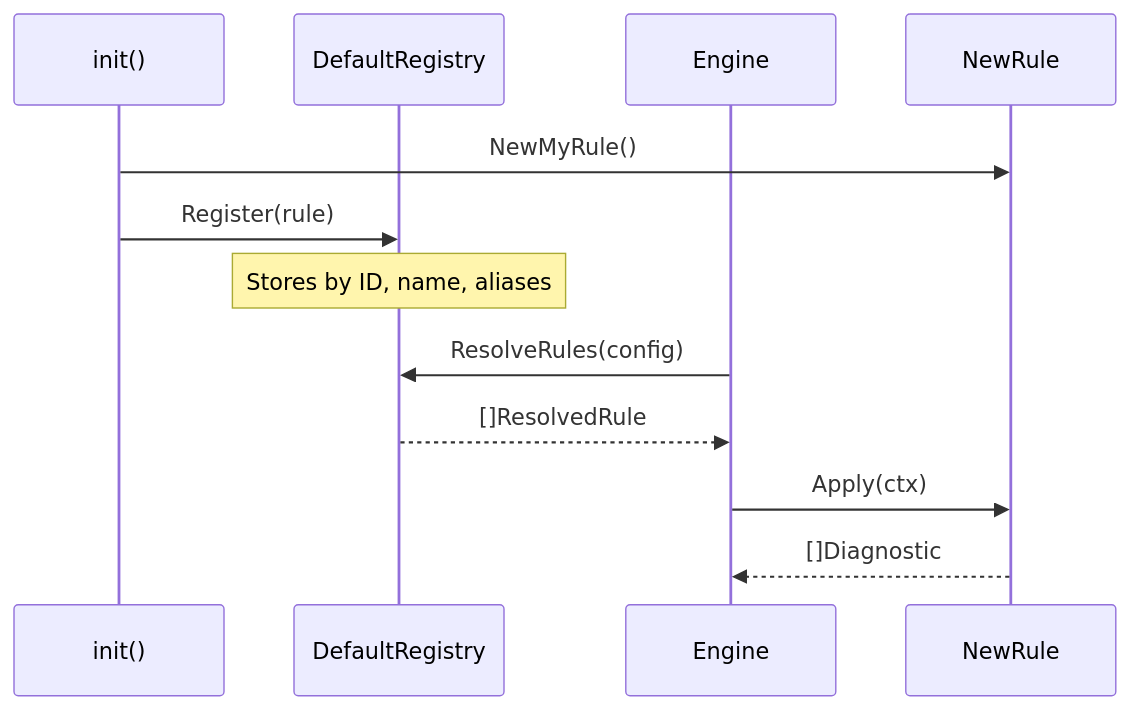
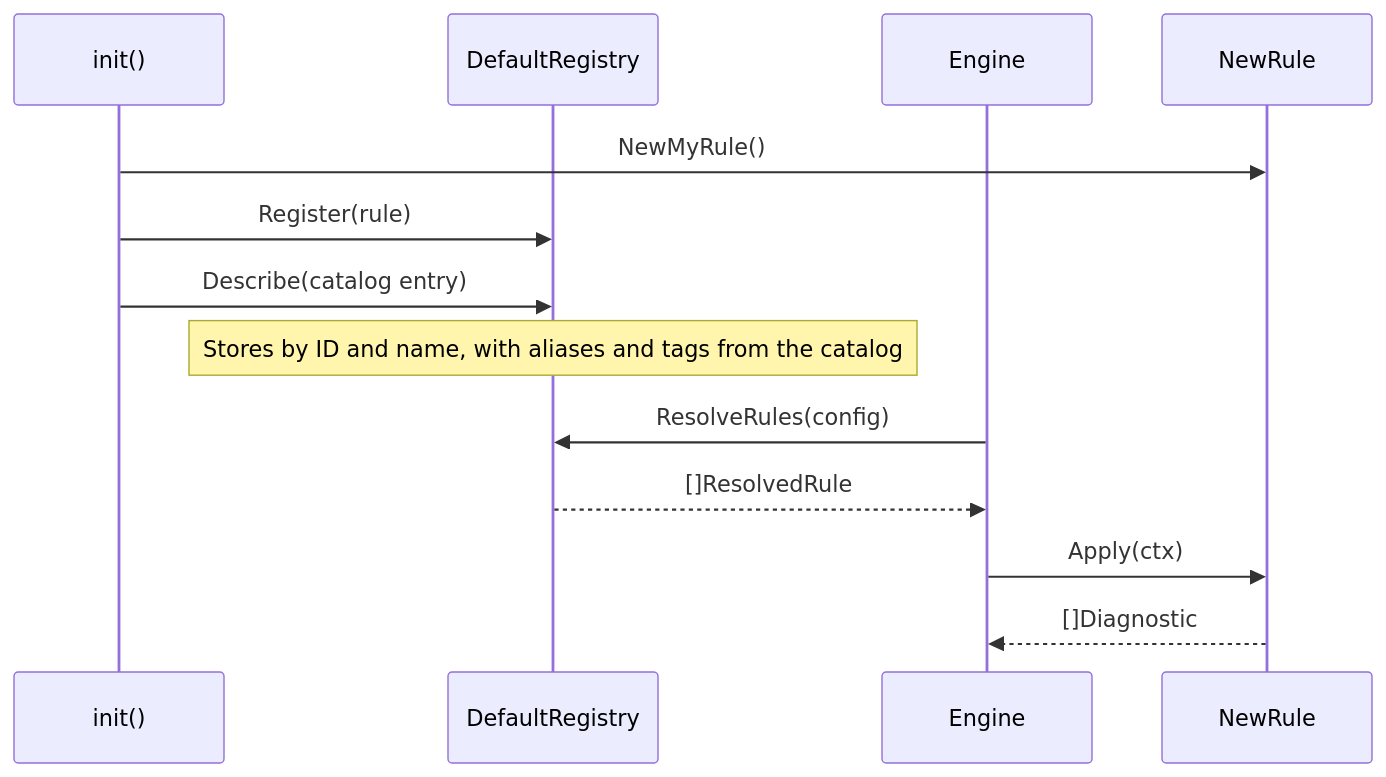
One commit to yaklabco/gomdlint changed the fifth of 11 diagrams in docs/ARCHITECTURE.md. Above: the diagram before and after it, drawn with Mermaid. The commit also changed other lines of this file and 34 other files, not shown here.

First line of the commit message:
feat(lint): describe every rule in one catalog (#34)

````diff
--- a/docs/ARCHITECTURE.md
+++ b/docs/ARCHITECTURE.md
@@ -276,16 +276,17 @@
 ```mermaid
 sequenceDiagram
     participant init as init()
     participant registry as DefaultRegistry
     participant engine as Engine
     participant rule as NewRule
 
     init->>rule: NewMyRule()
     init->>registry: Register(rule)
-    Note over registry: Stores by ID, name, aliases
+    init->>registry: Describe(catalog entry)
+    Note over registry: Stores by ID and name, with aliases and tags from the catalog
 
     engine->>registry: ResolveRules(config)
     registry-->>engine: []ResolvedRule
     engine->>rule: Apply(ctx)
     rule-->>engine: []Diagnostic
 ```
````
